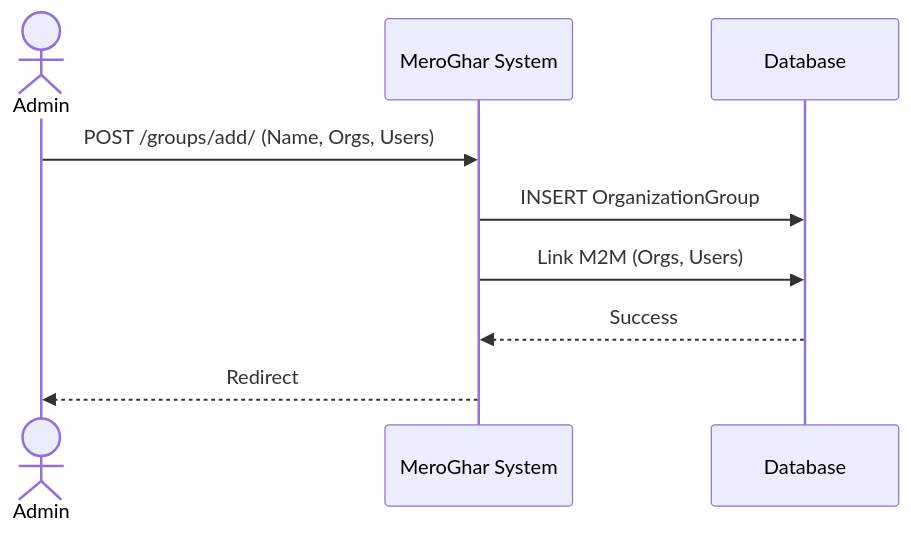
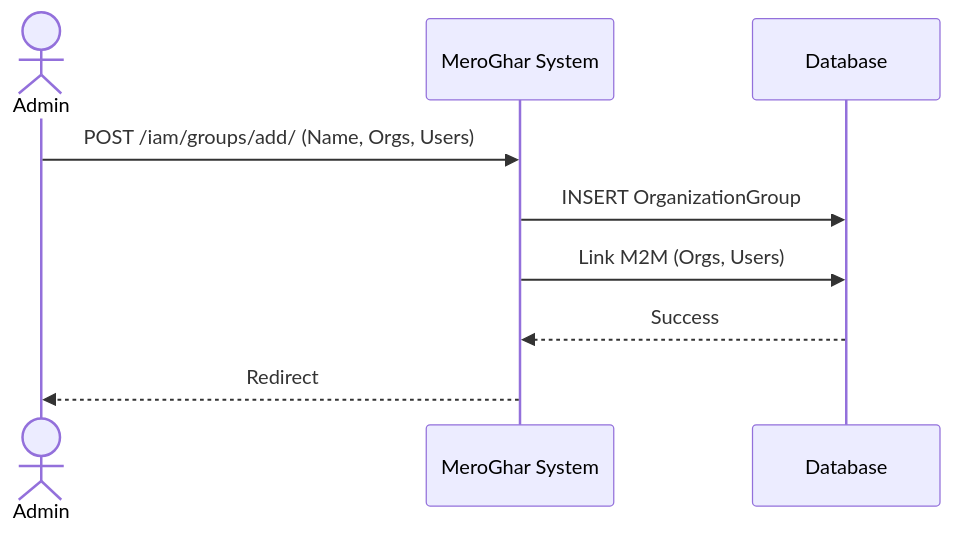
Before and after one commit to 0Ankit0/meroghar: the second of 4 diagrams in docs/workflows/organization_group.md, drawn with Mermaid. The commit also changed other lines of this file and 12 other files, not shown here.

````diff
--- a/docs/workflows/organization_group.md
+++ b/docs/workflows/organization_group.md
@@ -35,12 +35,12 @@
 ```mermaid
 sequenceDiagram
     actor Admin as Admin
     participant System as MeroGhar System
     participant DB as Database
 
-    Admin->>System: POST /groups/add/ (Name, Orgs, Users)
+    Admin->>System: POST /iam/groups/add/ (Name, Orgs, Users)
     System->>DB: INSERT OrganizationGroup
     System->>DB: Link M2M (Orgs, Users)
     DB-->>System: Success
     System-->>Admin: Redirect
 ```
````
